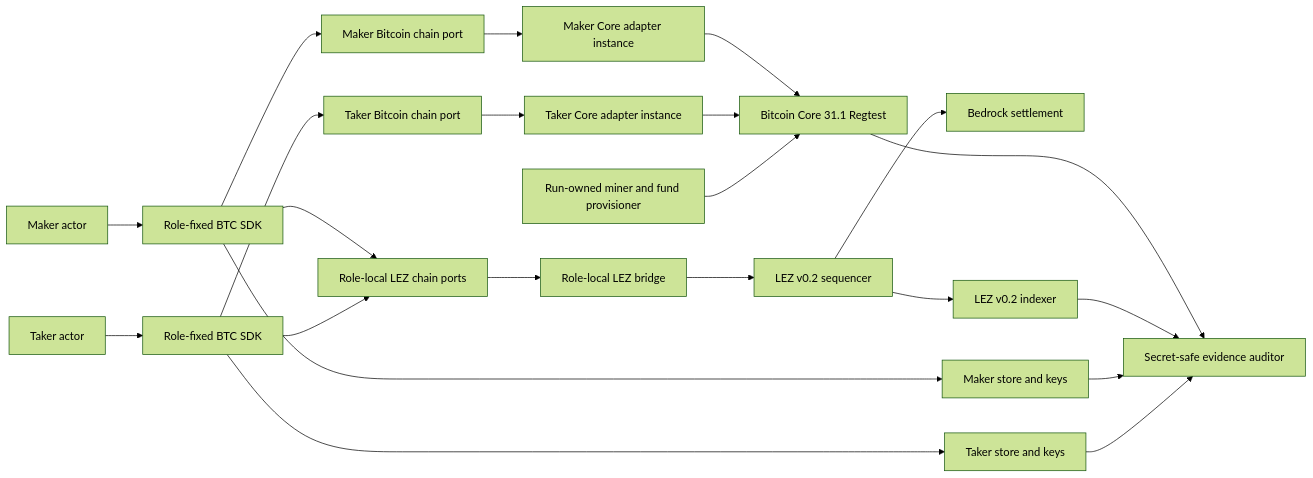
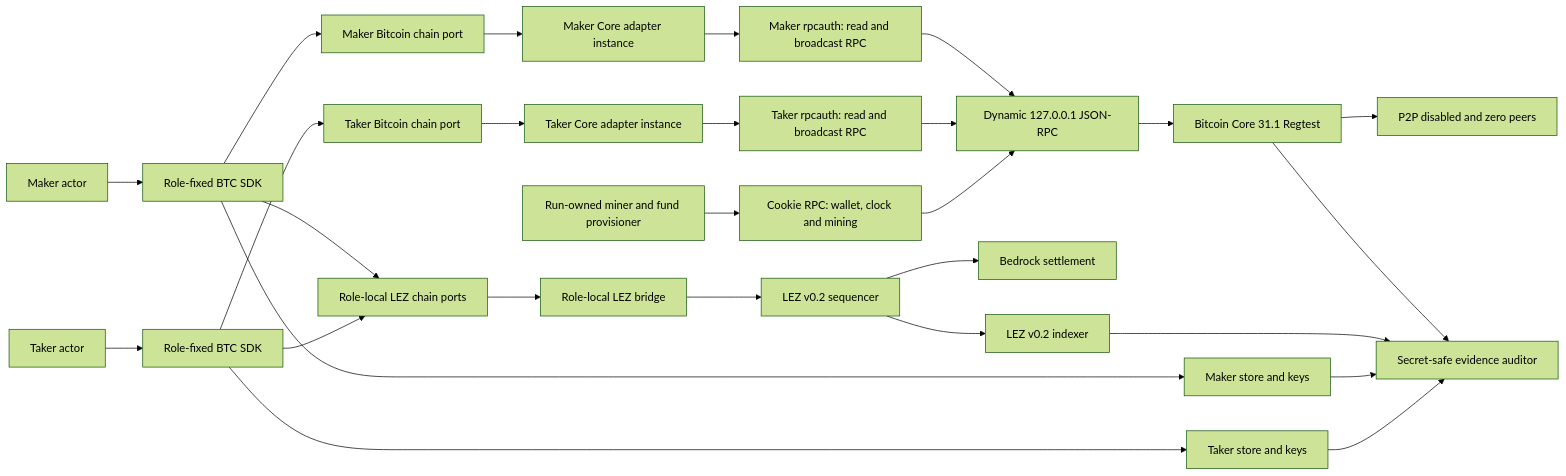
The first of 4 diagrams in docs/architecture/0029-m3-bitcoin-local-poc-entry.md (gateway-fm/lez-atomic-swaps), drawn with Mermaid (forest theme) before and after one commit. The commit also changed other lines of this file and 10 other files, not shown here.

Commit message:
feat: prove role-aware Bitcoin Core smoke

````diff
--- a/docs/architecture/0029-m3-bitcoin-local-poc-entry.md
+++ b/docs/architecture/0029-m3-bitcoin-local-poc-entry.md
@@ -31,24 +31,29 @@
 ```mermaid
 flowchart LR
     Maker["Maker actor"] --> MakerSdk["Role-fixed BTC SDK"]
     Taker["Taker actor"] --> TakerSdk["Role-fixed BTC SDK"]
     MakerSdk --> MakerBtcPort["Maker Bitcoin chain port"]
     TakerSdk --> TakerBtcPort["Taker Bitcoin chain port"]
     MakerSdk --> LezPort["Role-local LEZ chain ports"]
     TakerSdk --> LezPort
     MakerBtcPort --> MakerCoreAdapter["Maker Core adapter instance"]
     TakerBtcPort --> TakerCoreAdapter["Taker Core adapter instance"]
-    MakerCoreAdapter --> Core["Bitcoin Core 31.1 Regtest"]
-    TakerCoreAdapter --> Core
-    Provisioner["Run-owned miner and fund provisioner"] --> Core
+    MakerCoreAdapter --> MakerAuth["Maker rpcauth: read and broadcast RPC"]
+    TakerCoreAdapter --> TakerAuth["Taker rpcauth: read and broadcast RPC"]
+    Provisioner["Run-owned miner and fund provisioner"] --> CookieAuth["Cookie RPC: wallet, clock and mining"]
+    MakerAuth --> Loopback["Dynamic 127.0.0.1 JSON-RPC"]
+    TakerAuth --> Loopback
+    CookieAuth --> Loopback
+    Loopback --> Core["Bitcoin Core 31.1 Regtest"]
+    Core --> NoPeers["P2P disabled and zero peers"]
     LezPort --> RoleBridge["Role-local LEZ bridge"]
     RoleBridge --> Sequencer["LEZ v0.2 sequencer"]
     Sequencer --> Bedrock["Bedrock settlement"]
     Sequencer --> Indexer["LEZ v0.2 indexer"]
     MakerSdk --> MakerStore["Maker store and keys"]
     TakerSdk --> TakerStore["Taker store and keys"]
     Core --> Evidence["Secret-safe evidence auditor"]
     Indexer --> Evidence
     MakerStore --> Evidence
     TakerStore --> Evidence
 ```
````
